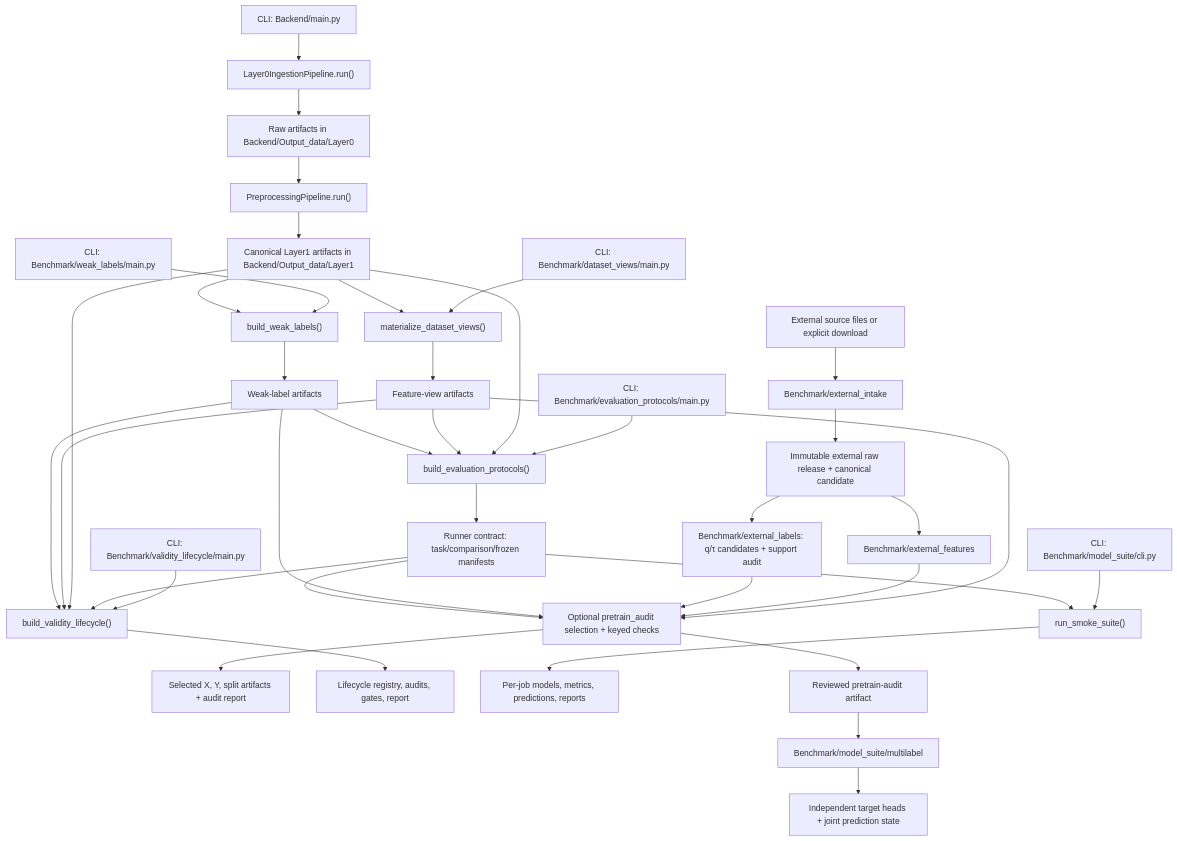
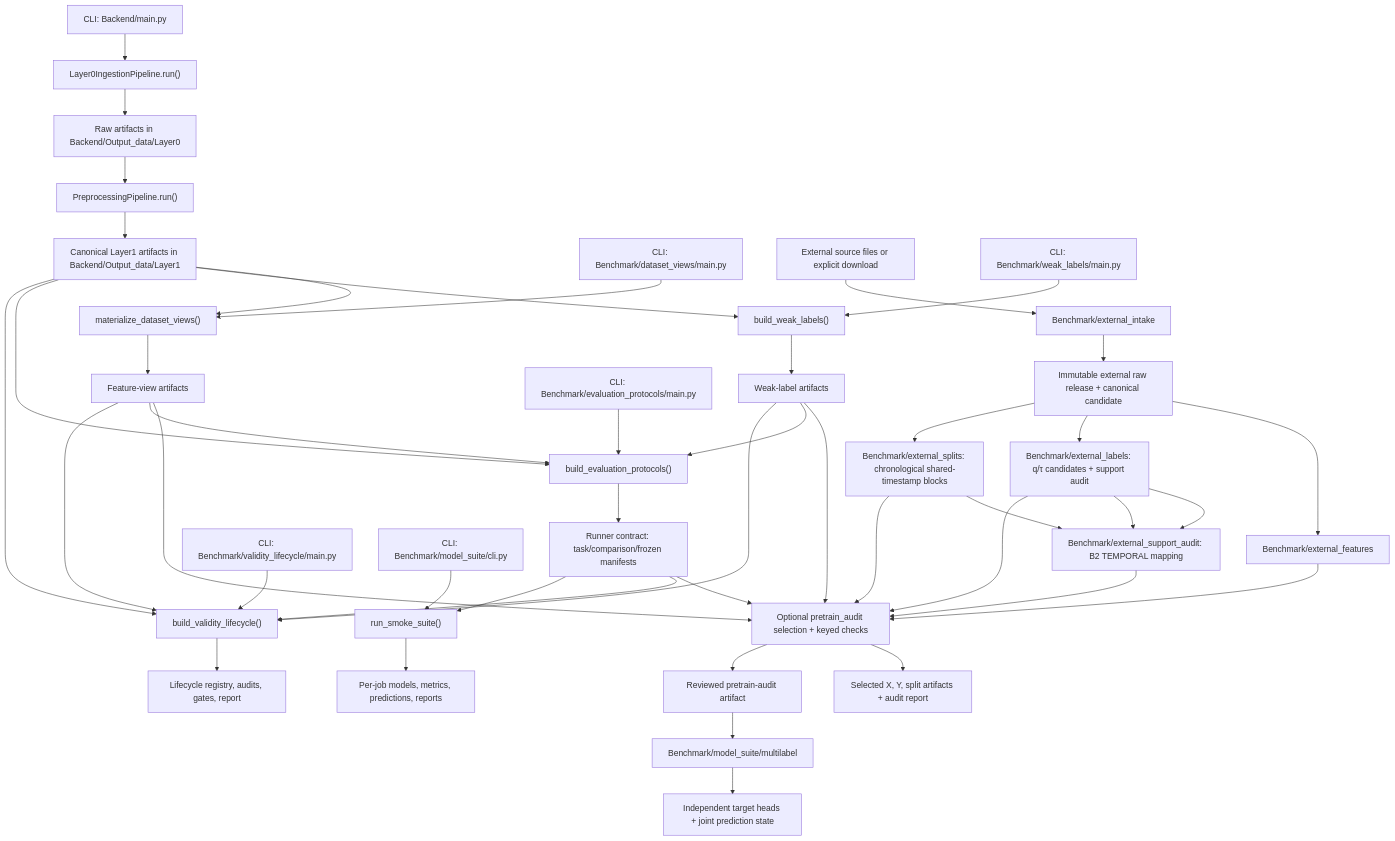
One commit to lawnguyenit/AgriFusion-IoT changed the first of 4 diagrams in Backend/PIPELINE_FLOW.md. Above: the diagram before and after it, drawn with Mermaid. The commit also changed other lines of this file and 67 other files, not shown here.

````diff
--- a/Backend/PIPELINE_FLOW.md
+++ b/Backend/PIPELINE_FLOW.md
@@ -20,47 +20,53 @@
 ```mermaid
 flowchart TD
     A["CLI: Backend/main.py"] --> B["Layer0IngestionPipeline.run()"]
     B --> C["Raw artifacts in Backend/Output_data/Layer0"]
     C --> D["PreprocessingPipeline.run()"]
     D --> E["Canonical Layer1 artifacts in Backend/Output_data/Layer1"]
 
     F["CLI: Benchmark/dataset_views/main.py"] --> G["materialize_dataset_views()"]
     E --> G
     G --> H["Feature-view artifacts"]
     H --> U["Optional pretrain_audit selection + keyed checks"]
 
     X["External source files or explicit download"] --> Y["Benchmark/external_intake"]
     Y --> Z["Immutable external raw release + canonical candidate"]
     Z --> W["Benchmark/external_features"]
     Z --> WL["Benchmark/external_labels: q/τ candidates + support audit"]
+    Z --> ES["Benchmark/external_splits: chronological shared-timestamp blocks"]
+    WL --> SA["Benchmark/external_support_audit: B2 TEMPORAL mapping"]
+    ES --> SA
+    WL --> SA
     W --> U
     WL --> U
+    ES --> U
+    SA --> U
 
     I["CLI: Benchmark/weak_labels/main.py"] --> J["build_weak_labels()"]
     E --> J
     J --> K["Weak-label artifacts"]
     K --> U
 
     L["CLI: Benchmark/evaluation_protocols/main.py"] --> M["build_evaluation_protocols()"]
     E --> M
     H --> M
     K --> M
     M --> N["Runner contract: task/comparison/frozen manifests"]
     N --> U
     U --> V["Selected X, Y, split artifacts + audit report"]
 
     R["CLI: Benchmark/validity_lifecycle/main.py"] --> S["build_validity_lifecycle()"]
     N --> S
     E --> S
     H --> S
     K --> S
     S --> T["Lifecycle registry, audits, gates, report"]
 
     O["CLI: Benchmark/model_suite/cli.py"] --> P["run_smoke_suite()"]
     N --> P
     P --> Q["Per-job models, metrics, predictions, reports"]
 
     U --> U2["Reviewed pretrain-audit artifact"]
     U2 --> ML["Benchmark/model_suite/multilabel"]
     ML --> ML2["Independent target heads + joint prediction state"]
 ```
````
